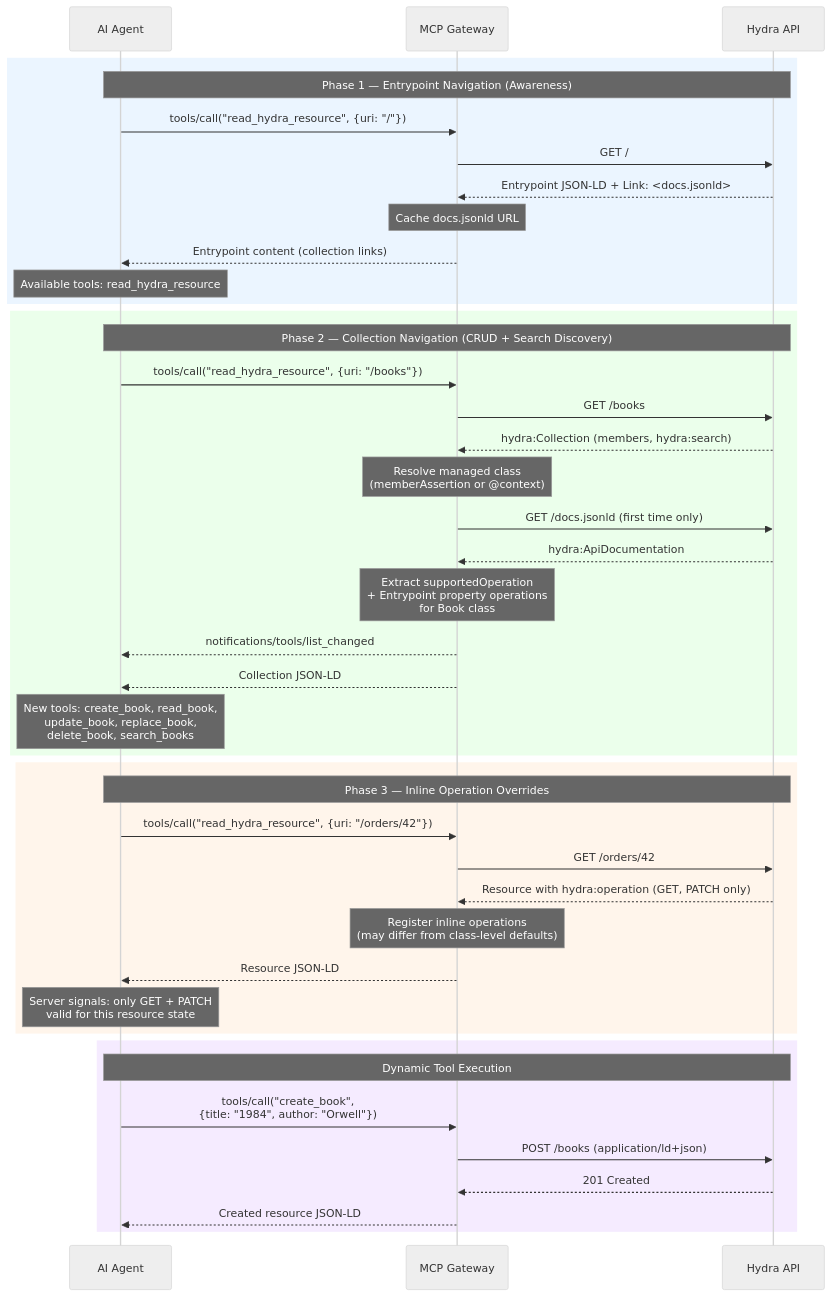
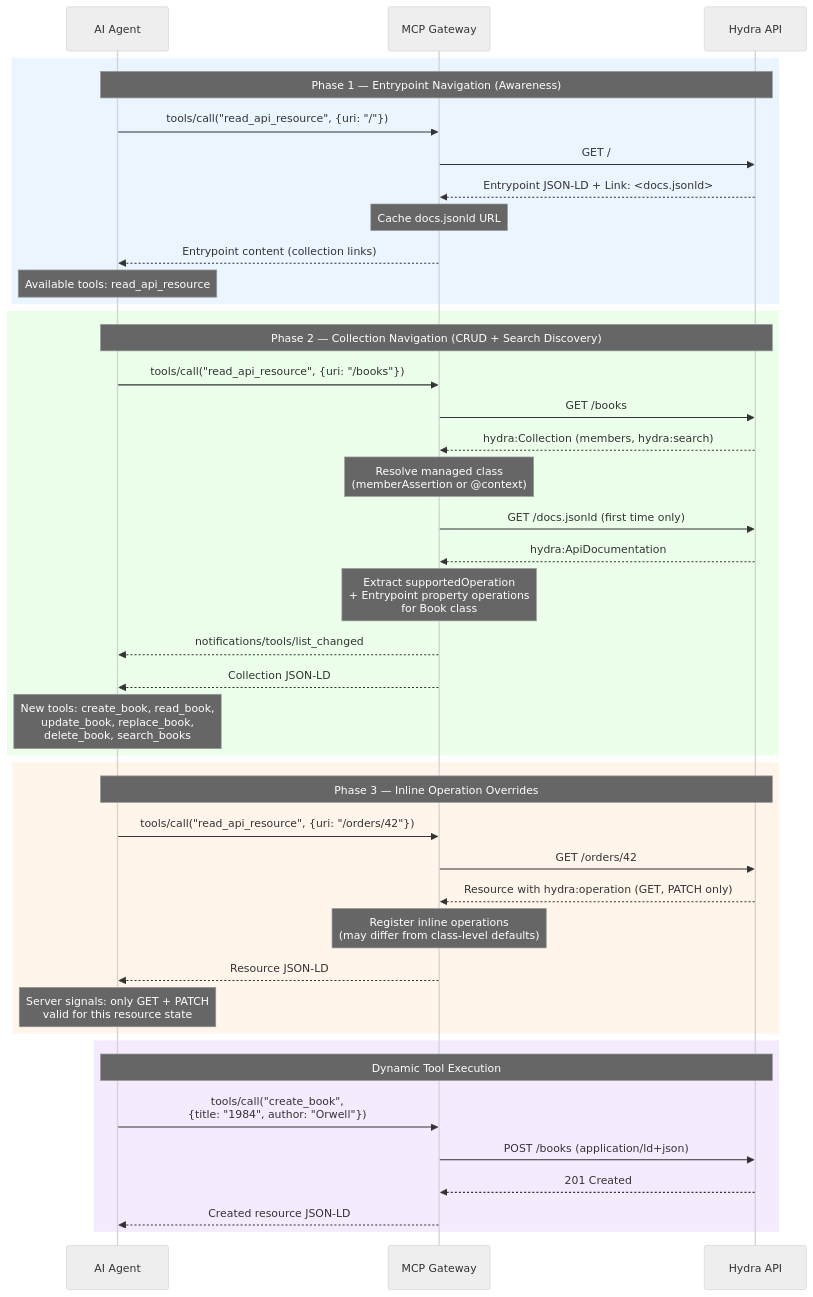
Before and after one commit to coopTilleuls/hydra-mcp-bridge: the first of 2 diagrams in paper/diagram.md, drawn with Mermaid (neutral theme). The commit also changed other lines of this file and 11 other files, not shown here.

````diff
--- a/paper/diagram.md
+++ b/paper/diagram.md
@@ -10,48 +10,48 @@
 ```mermaid
 sequenceDiagram
     participant Agent as AI Agent
     participant Gateway as MCP Gateway
     participant API as Hydra API
 
     rect rgb(235, 245, 255)
     Note over Agent,API: Phase 1 — Entrypoint Navigation (Awareness)
-    Agent->>Gateway: tools/call("read_hydra_resource", {uri: "/"})
+    Agent->>Gateway: tools/call("read_api_resource", {uri: "/"})
     Gateway->>API: GET /
     API-->>Gateway: Entrypoint JSON-LD + Link: <docs.jsonld>
     Note over Gateway: Cache docs.jsonld URL
     Gateway-->>Agent: Entrypoint content (collection links)
-    Note over Agent: Available tools: read_hydra_resource
+    Note over Agent: Available tools: read_api_resource
     end
 
     rect rgb(235, 255, 235)
     Note over Agent,API: Phase 2 — Collection Navigation (CRUD + Search Discovery)
-    Agent->>Gateway: tools/call("read_hydra_resource", {uri: "/books"})
+    Agent->>Gateway: tools/call("read_api_resource", {uri: "/books"})
     Gateway->>API: GET /books
     API-->>Gateway: hydra:Collection (members, hydra:search)
     Note over Gateway: Resolve managed class<br/>(memberAssertion or @context)
     Gateway->>API: GET /docs.jsonld (first time only)
     API-->>Gateway: hydra:ApiDocumentation
     Note over Gateway: Extract supportedOperation<br/>+ Entrypoint property operations<br/>for Book class
     Gateway-->>Agent: notifications/tools/list_changed
     Gateway-->>Agent: Collection JSON-LD
     Note over Agent: New tools: create_book, read_book,<br/>update_book, replace_book,<br/>delete_book, search_books
     end
 
     rect rgb(255, 245, 235)
     Note over Agent,API: Phase 3 — Inline Operation Overrides
-    Agent->>Gateway: tools/call("read_hydra_resource", {uri: "/orders/42"})
+    Agent->>Gateway: tools/call("read_api_resource", {uri: "/orders/42"})
     Gateway->>API: GET /orders/42
     API-->>Gateway: Resource with hydra:operation (GET, PATCH only)
     Note over Gateway: Register inline operations<br/>(may differ from class-level defaults)
     Gateway-->>Agent: Resource JSON-LD
     Note over Agent: Server signals: only GET + PATCH<br/>valid for this resource state
     end
 
     rect rgb(245, 235, 255)
     Note over Agent,API: Dynamic Tool Execution
     Agent->>Gateway: tools/call("create_book",<br/>{title: "1984", author: "Orwell"})
     Gateway->>API: POST /books (application/ld+json)
     API-->>Gateway: 201 Created
     Gateway-->>Agent: Created resource JSON-LD
     end
 ```
````
